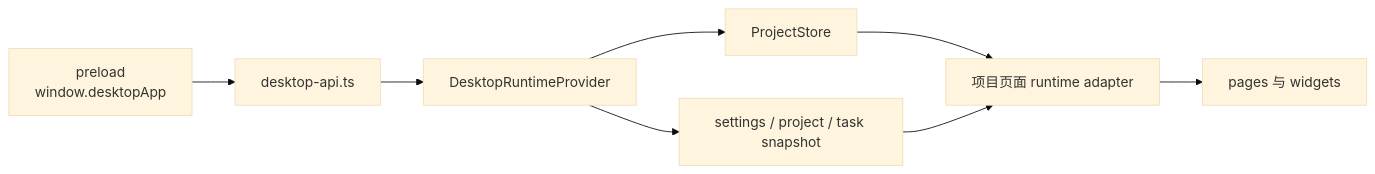
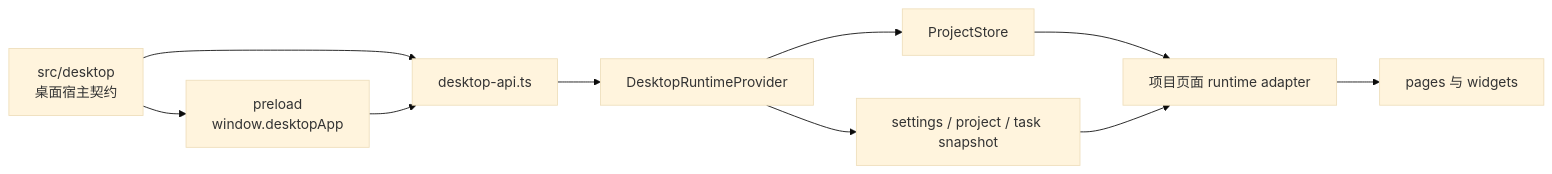
Before and after one commit to neavo/LinguaGacha: the diagram in docs/FRONTEND.md, drawn with Mermaid (base theme). The commit also changed other lines of this file and 33 other files, not shown here.

````diff
--- a/docs/FRONTEND.md
+++ b/docs/FRONTEND.md
@@ -7,10 +7,12 @@
 ```mermaid
 flowchart LR
-  A["preload<br/>window.desktopApp"] --> B["desktop-api.ts"]
+  X["src/desktop<br/>桌面宿主契约"] --> A["preload<br/>window.desktopApp"]
+  X --> B["desktop-api.ts"]
+  A --> B
   B --> C["DesktopRuntimeProvider"]
   C --> D["ProjectStore"]
   C --> E["settings / project / task snapshot"]
   D --> F["项目页面 runtime adapter"]
   E --> F
   F --> G["pages 与 widgets"]
 ```
````
